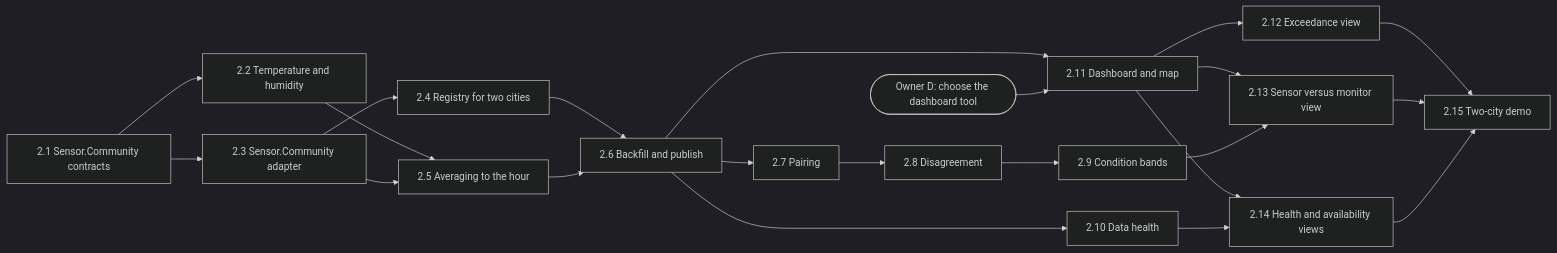
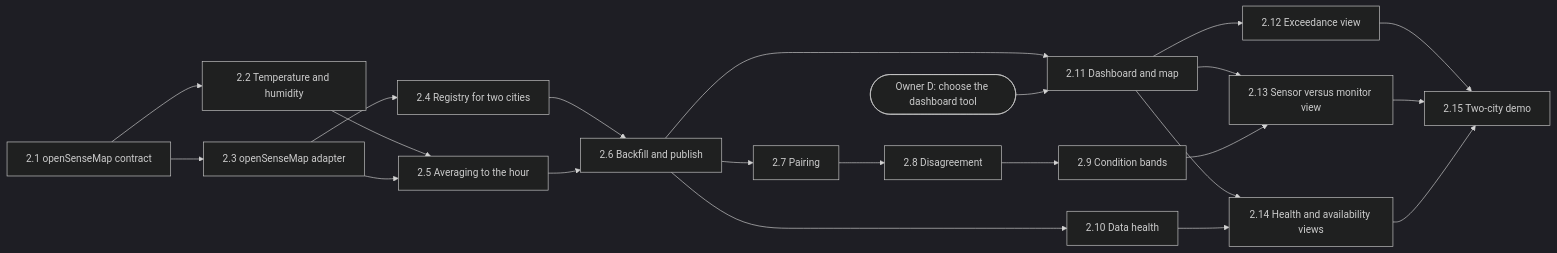
The third of 6 diagrams in ROADMAP.md (ShreyNiraula/air-quality-lakehouse), drawn with Mermaid (dark theme) before and after one commit. The commit also changed other lines of this file and 1 other file, not shown here.

First line of the commit message:
Roadmap and plan: openSenseMap replaces Sensor.Community as the low-cost source

````diff
--- a/ROADMAP.md
+++ b/ROADMAP.md
@@ -215,40 +220,40 @@
 ```mermaid
 flowchart LR
   oD(["Owner D: choose the dashboard tool"])
-  t2_1["2.1 Sensor.Community contracts"]
+  t2_1["2.1 openSenseMap contract"]
   t2_2["2.2 Temperature and humidity"]
-  t2_3["2.3 Sensor.Community adapter"]
+  t2_3["2.3 openSenseMap adapter"]
   t2_4["2.4 Registry for two cities"]
   t2_5["2.5 Averaging to the hour"]
   t2_6["2.6 Backfill and publish"]
   t2_7["2.7 Pairing"]
   t2_8["2.8 Disagreement"]
   t2_9["2.9 Condition bands"]
   t2_10["2.10 Data health"]
   t2_11["2.11 Dashboard and map"]
   t2_12["2.12 Exceedance view"]
   t2_13["2.13 Sensor versus monitor view"]
   t2_14["2.14 Health and availability views"]
   t2_15["2.15 Two-city demo"]
   t2_1 --> t2_2
   t2_1 --> t2_3
   t2_3 --> t2_4
   t2_2 --> t2_5
   t2_3 --> t2_5
   t2_4 --> t2_6
   t2_5 --> t2_6
   t2_6 --> t2_7
   t2_7 --> t2_8
   t2_8 --> t2_9
   t2_6 --> t2_10
   t2_6 --> t2_11
   oD --> t2_11
   t2_11 --> t2_12
   t2_11 --> t2_13
   t2_9 --> t2_13
   t2_11 --> t2_14
   t2_10 --> t2_14
   t2_12 --> t2_15
   t2_13 --> t2_15
   t2_14 --> t2_15
 ```
````
